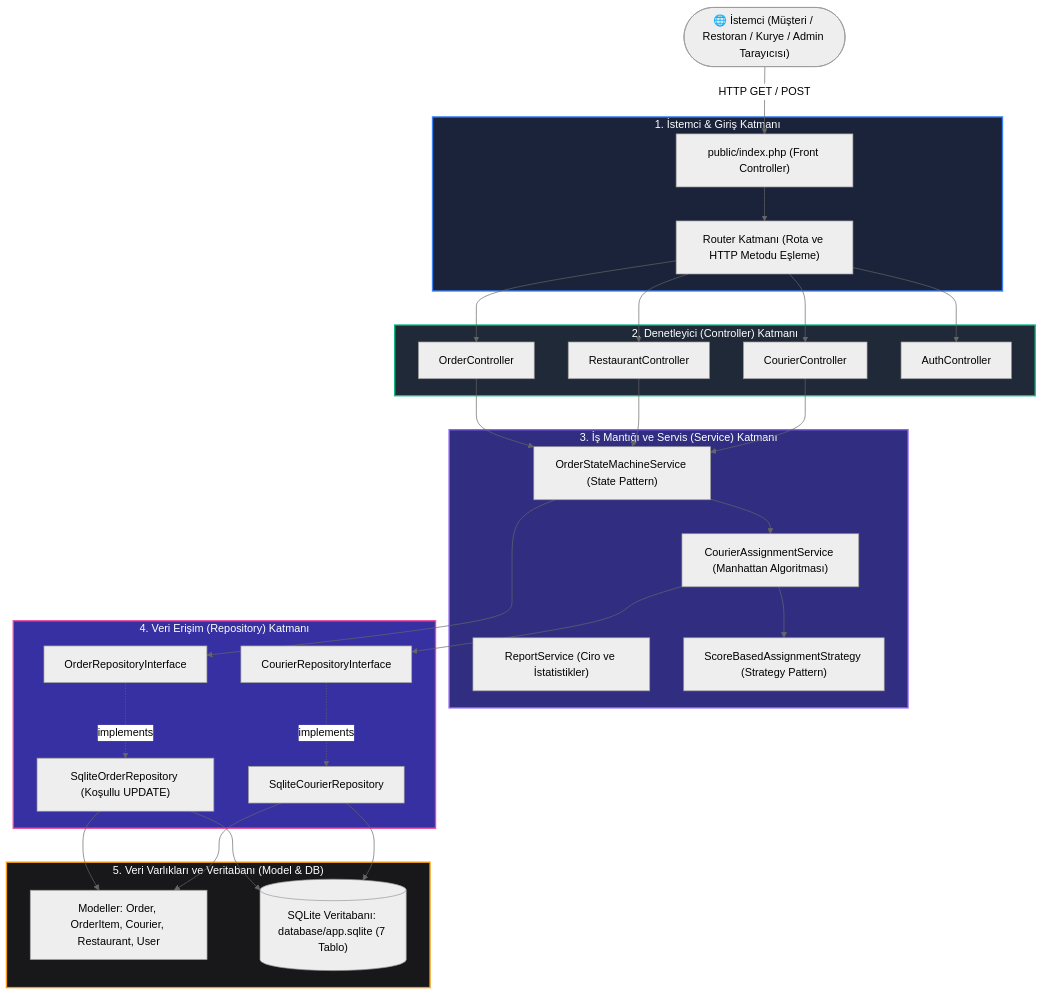
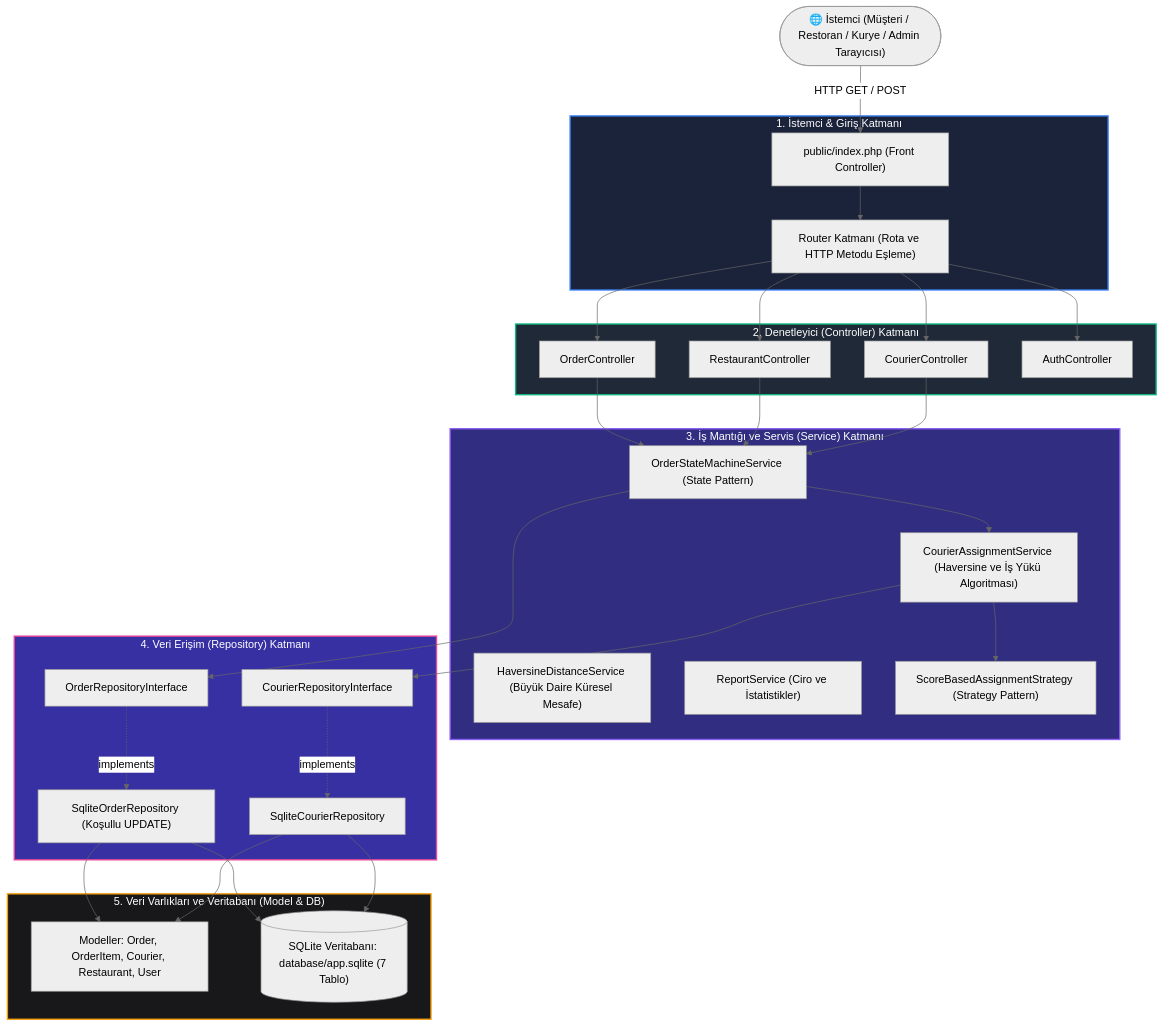
Before and after one commit to mustafaguresir/GustoGo: the first of 6 diagrams in docs/sunumda_yapilmasi_gerekenler/02_TUM_DIYAGRAMLAR_VE_MIMARI_CIZIMLER.md, drawn with Mermaid (neutral theme). The commit also changed other lines of this file and 27 other files, not shown here.

````diff
--- a/docs/sunumda_yapilmasi_gerekenler/02_TUM_DIYAGRAMLAR_VE_MIMARI_CIZIMLER.md
+++ b/docs/sunumda_yapilmasi_gerekenler/02_TUM_DIYAGRAMLAR_VE_MIMARI_CIZIMLER.md
@@ -12,54 +12,55 @@
 ```mermaid
 flowchart TD
     Client(["🌐 İstemci (Müşteri / Restoran / Kurye / Admin Tarayıcısı)"])
     
     subgraph Layer1 ["1. İstemci & Giriş Katmanı"]
         FC["public/index.php (Front Controller)"]
         Router["Router Katmanı (Rota ve HTTP Metodu Eşleme)"]
     end
 
     subgraph Layer2 ["2. Denetleyici (Controller) Katmanı"]
         OC["OrderController"]
         RC["RestaurantController"]
         CC["CourierController"]
         AC["AuthController"]
     end
 
     subgraph Layer3 ["3. İş Mantığı ve Servis (Service) Katmanı"]
         OSM["OrderStateMachineService (State Pattern)"]
-        CAS["CourierAssignmentService (Manhattan Algoritması)"]
+        CAS["CourierAssignmentService (Haversine ve İş Yükü Algoritması)"]
+        HDS["HaversineDistanceService (Büyük Daire Küresel Mesafe)"]
         REP["ReportService (Ciro ve İstatistikler)"]
         Strat["ScoreBasedAssignmentStrategy (Strategy Pattern)"]
     end
 
     subgraph Layer4 ["4. Veri Erişim (Repository) Katmanı"]
         ORI["OrderRepositoryInterface"]
         SOR["SqliteOrderRepository (Koşullu UPDATE)"]
         CRI["CourierRepositoryInterface"]
         SCR["SqliteCourierRepository"]
     end
 
     subgraph Layer5 ["5. Veri Varlıkları ve Veritabanı (Model & DB)"]
         Models["Modeller: Order, OrderItem, Courier, Restaurant, User"]
         DB[("SQLite Veritabanı: database/app.sqlite (7 Tablo)")]
     end
 
     Client -->|HTTP GET / POST| FC
     FC --> Router
     Router --> OC & RC & CC & AC
     OC & RC & CC --> OSM
     OSM --> CAS
     CAS --> Strat
     OSM --> ORI
     CAS --> CRI
     ORI -.->|implements| SOR
     CRI -.->|implements| SCR
     SOR & SCR --> Models
     SOR & SCR --> DB
 
     style Layer1 fill:#1a233a,stroke:#3b82f6,stroke-width:2px,color:#fff
     style Layer2 fill:#1f2937,stroke:#10b981,stroke-width:2px,color:#fff
     style Layer3 fill:#312e81,stroke:#8b5cf6,stroke-width:2px,color:#fff
     style Layer4 fill:#3730a3,stroke:#ec4899,stroke-width:2px,color:#fff
     style Layer5 fill:#18181b,stroke:#f59e0b,stroke-width:2px,color:#fff
 ```
````
